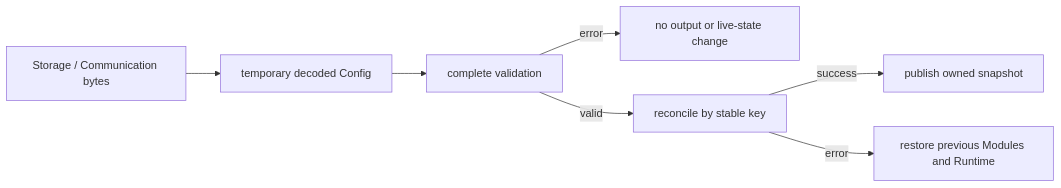
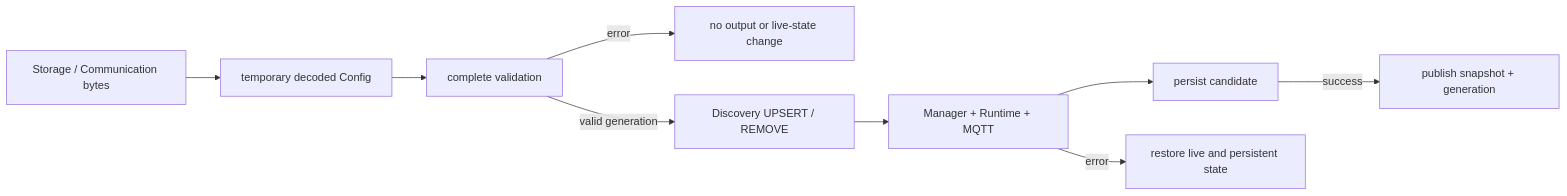
One commit to andreapiccini/SpaghettiLAB changed the diagram in Firmware/core/subsys/config/README.md. Above: the diagram before and after it, drawn with Mermaid. The commit also changed other lines of this file and 24 other files, not shown here.

````diff
--- a/Firmware/core/subsys/config/README.md
+++ b/Firmware/core/subsys/config/README.md
@@ -60,9 +64,11 @@
 ```mermaid
 flowchart LR
     INPUT["Storage / Communication bytes"] --> DECODE["temporary decoded Config"]
     DECODE --> VALIDATE["complete validation"]
     VALIDATE -->|"error"| REJECT["no output or live-state change"]
-    VALIDATE -->|"valid"| APPLY["reconcile by stable key"]
-    APPLY -->|"success"| COMMIT["publish owned snapshot"]
-    APPLY -->|"error"| ROLLBACK["restore previous Modules and Runtime"]
+    VALIDATE -->|"valid generation"| DISCOVERY["Discovery UPSERT / REMOVE"]
+    DISCOVERY --> APPLY["Manager + Runtime + MQTT"]
+    APPLY --> STORAGE["persist candidate"]
+    STORAGE -->|"success"| COMMIT["publish snapshot + generation"]
+    APPLY -->|"error"| ROLLBACK["restore live and persistent state"]
 ```
````
